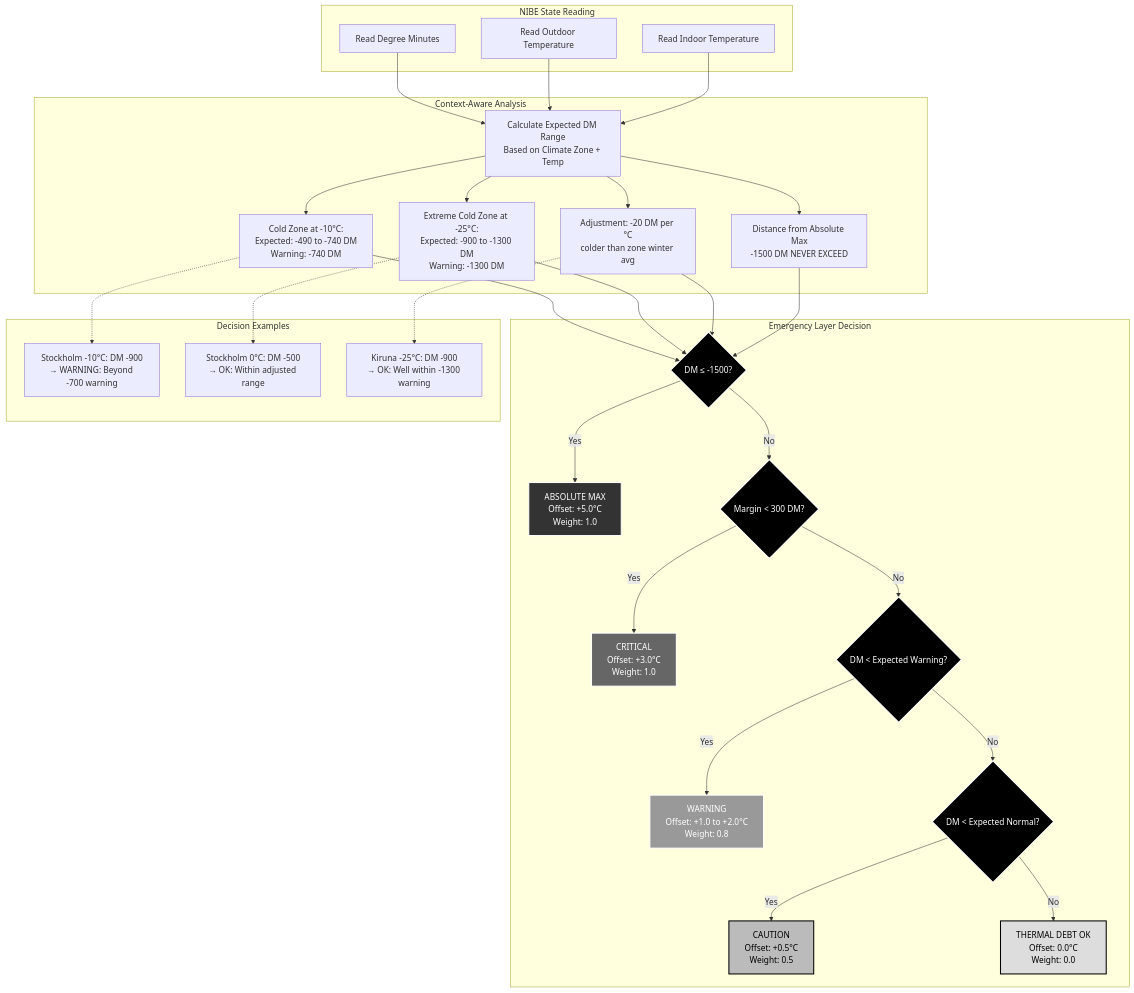
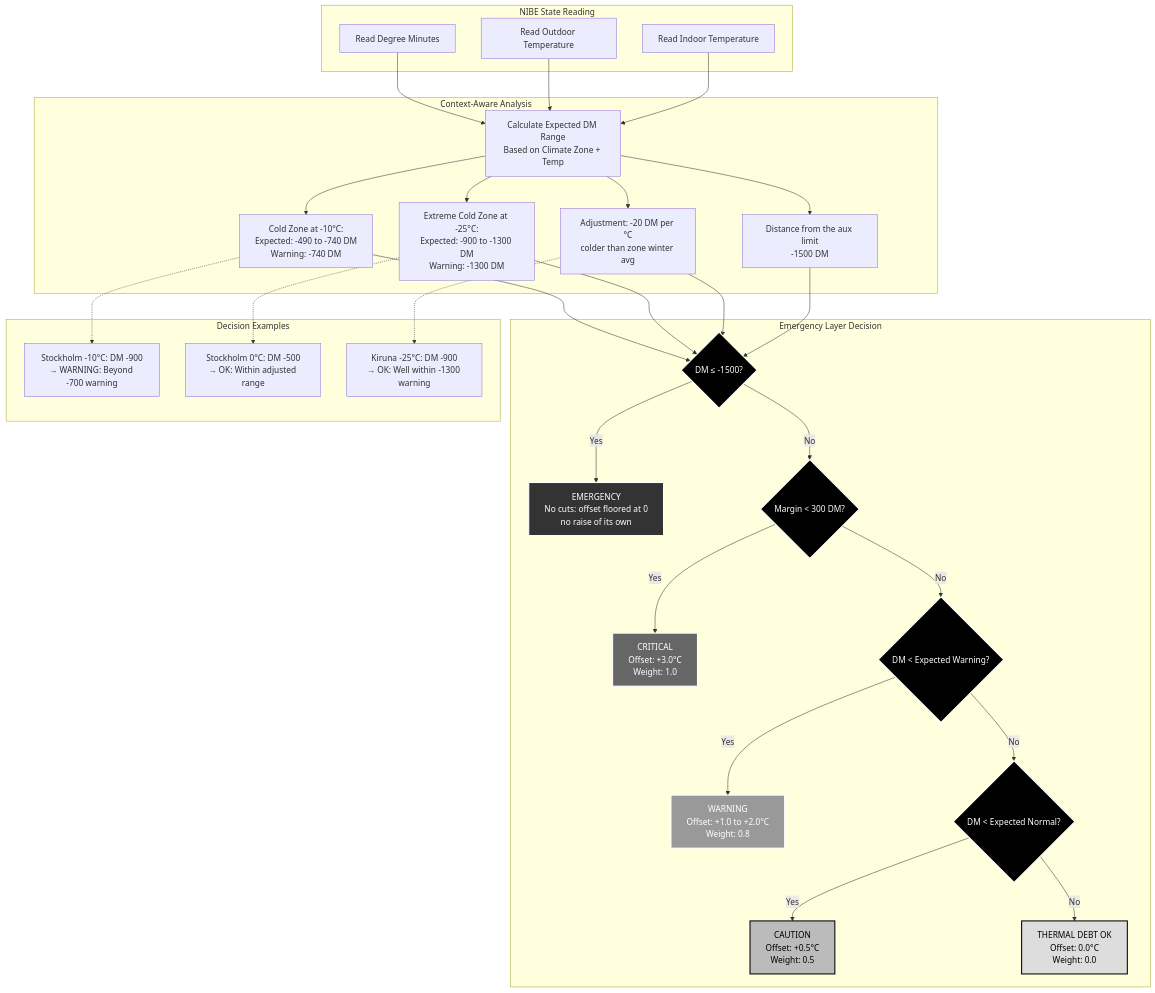
One commit to enoch85/EffektGuard changed the diagram in docs/architecture/02_emergency_thermal_debt.md. Above: the diagram before and after it, drawn with Mermaid. The commit also changed other lines of this file and 14 other files, not shown here.

````diff
--- a/docs/architecture/02_emergency_thermal_debt.md
+++ b/docs/architecture/02_emergency_thermal_debt.md
@@ -5,78 +5,78 @@
 ```mermaid
 flowchart TD
     subgraph "NIBE State Reading"
         A[Read Degree Minutes]
         B[Read Outdoor Temperature]
         C[Read Indoor Temperature]
     end
 
     subgraph "Context-Aware Analysis"
         D[Calculate Expected DM Range<br/>Based on Climate Zone + Temp]
         E[Cold Zone at -10°C:<br/>Expected: -490 to -740 DM<br/>Warning: -740 DM]
         F[Extreme Cold Zone at -25°C:<br/>Expected: -900 to -1300 DM<br/>Warning: -1300 DM]
         G[Adjustment: -20 DM per °C<br/>colder than zone winter avg]
-        H[Distance from Absolute Max<br/>-1500 DM NEVER EXCEED]
+        H[Distance from the aux limit<br/>-1500 DM]
     end
 
     subgraph "Emergency Layer Decision"
         I{DM ≤ -1500?}
-        J[ABSOLUTE MAX<br/>Offset: +5.0°C<br/>Weight: 1.0]
+        J[EMERGENCY<br/>No cuts: offset floored at 0<br/>no raise of its own]
         
         K{Margin < 300 DM?}
         L[CRITICAL<br/>Offset: +3.0°C<br/>Weight: 1.0]
         
         M{DM < Expected Warning?}
         N[WARNING<br/>Offset: +1.0 to +2.0°C<br/>Weight: 0.8]
         
         O{DM < Expected Normal?}
         P[CAUTION<br/>Offset: +0.5°C<br/>Weight: 0.5]
         
         Q[THERMAL DEBT OK<br/>Offset: 0.0°C<br/>Weight: 0.0]
     end
 
     subgraph "Decision Examples"
         R[Stockholm -10°C: DM -900<br/>→ WARNING: Beyond -700 warning]
         S[Stockholm 0°C: DM -500<br/>→ OK: Within adjusted range]  
         T[Kiruna -25°C: DM -900<br/>→ OK: Well within -1300 warning]
     end
 
     %% Flow
     A --> D
     B --> D
     C --> D
     D --> E
     D --> F
     D --> G
     D --> H
     
     E --> I
     F --> I
     G --> I
     H --> I
     
     I -->|Yes| J
     I -->|No| K
     K -->|Yes| L
     K -->|No| M
     M -->|Yes| N
     M -->|No| O
     O -->|Yes| P
     O -->|No| Q
 
     %% Examples
     E -.-> R
     F -.-> S
     G -.-> T
 
     %% Styling
     style I fill:#000,stroke:#fff,stroke-width:2px,color:#fff
     style K fill:#000,stroke:#fff,stroke-width:2px,color:#fff
     style M fill:#000,stroke:#fff,stroke-width:2px,color:#fff
     style O fill:#000,stroke:#fff,stroke-width:2px,color:#fff
     
     style J fill:#333,stroke:#fff,stroke-width:2px,color:#fff
     style L fill:#666,stroke:#fff,stroke-width:2px,color:#fff
     style N fill:#999,stroke:#fff,stroke-width:2px,color:#fff
     style P fill:#bbb,stroke:#000,stroke-width:2px,color:#000
     style Q fill:#ddd,stroke:#000,stroke-width:2px,color:#000
 ```
````
